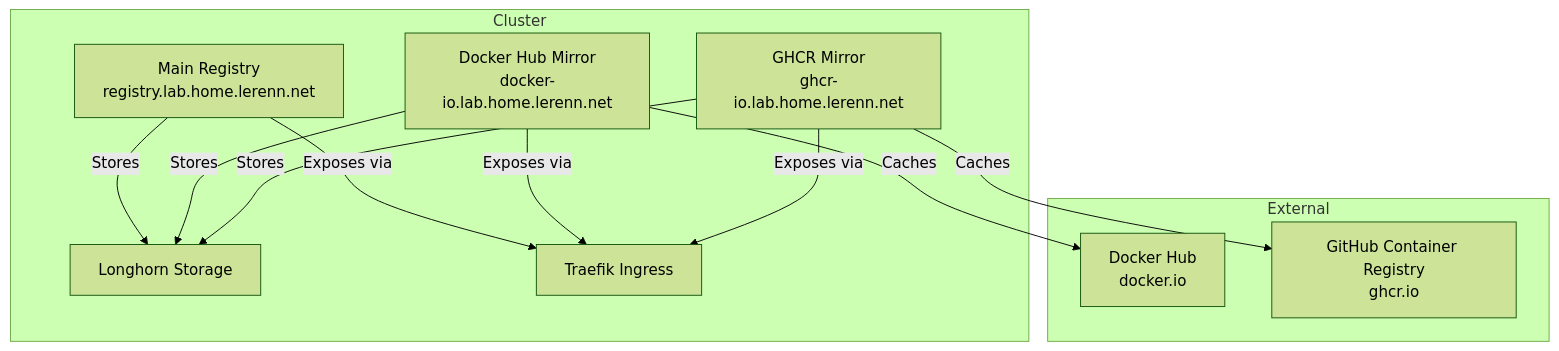
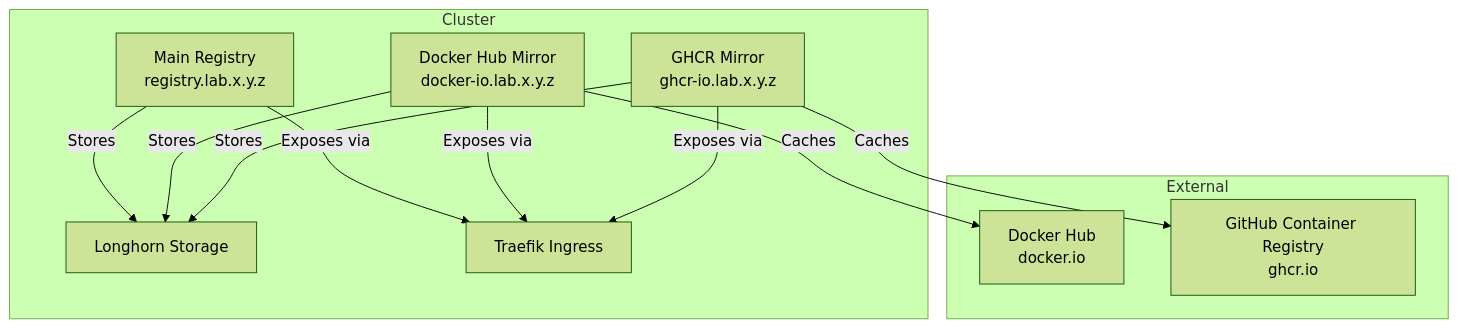
Before and after one commit to lerenn/blog: the diagram in content/posts/building-homelab-registries/index.md, drawn with Mermaid (forest theme). The commit also changed other lines of this file and 2 other files, not shown here.

````diff
--- a/content/posts/building-homelab-registries/index.md
+++ b/content/posts/building-homelab-registries/index.md
@@ -43,24 +44,24 @@
 ```mermaid
 graph TB
     subgraph "Cluster"
-        MainReg[Main Registry<br/>registry.lab.home.lerenn.net]
-        DockerMirror[Docker Hub Mirror<br/>docker-io.lab.home.lerenn.net]
-        GHCRMirror[GHCR Mirror<br/>ghcr-io.lab.home.lerenn.net]
+        MainReg[Main Registry<br/>registry.lab.x.y.z]
+        DockerMirror[Docker Hub Mirror<br/>docker-io.lab.x.y.z]
+        GHCRMirror[GHCR Mirror<br/>ghcr-io.lab.x.y.z]
         Longhorn[Longhorn Storage]
         Traefik[Traefik Ingress]
     end
     
     subgraph "External"
         DockerHub[Docker Hub<br/>docker.io]
         GHCR[GitHub Container Registry<br/>ghcr.io]
     end
     
     MainReg -->|Stores| Longhorn
     DockerMirror -->|Caches| DockerHub
     GHCRMirror -->|Caches| GHCR
     DockerMirror -->|Stores| Longhorn
     GHCRMirror -->|Stores| Longhorn
     MainReg -->|Exposes via| Traefik
     DockerMirror -->|Exposes via| Traefik
     GHCRMirror -->|Exposes via| Traefik
 ```
````
